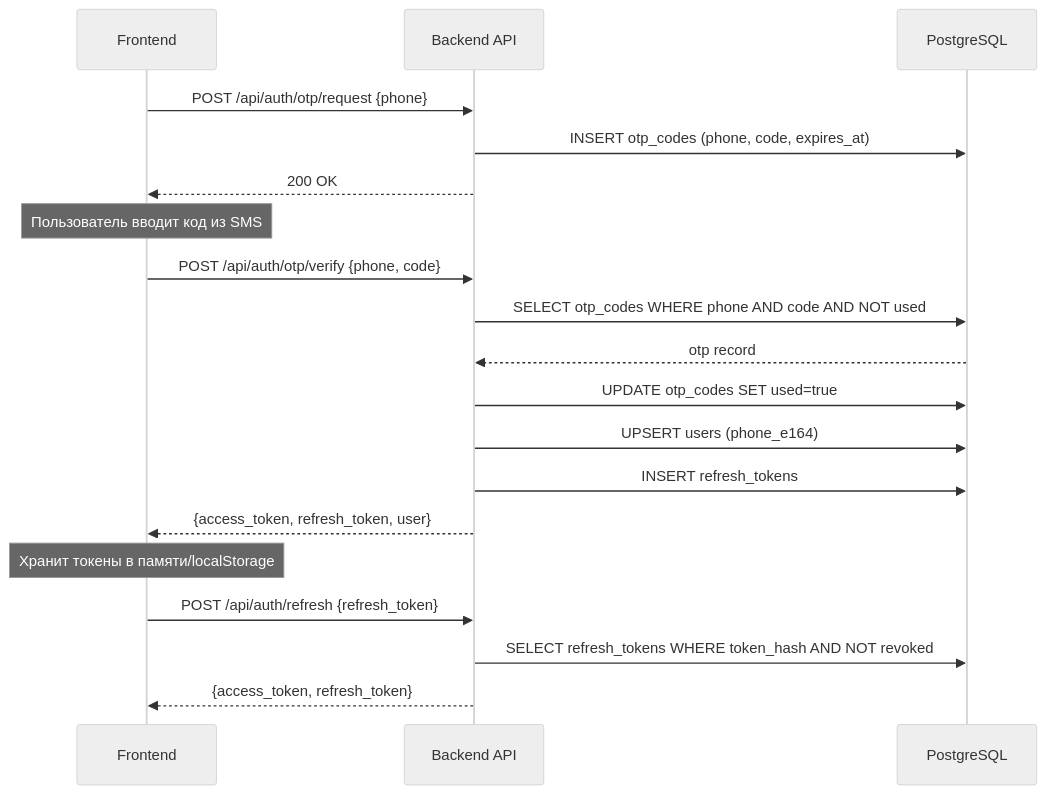
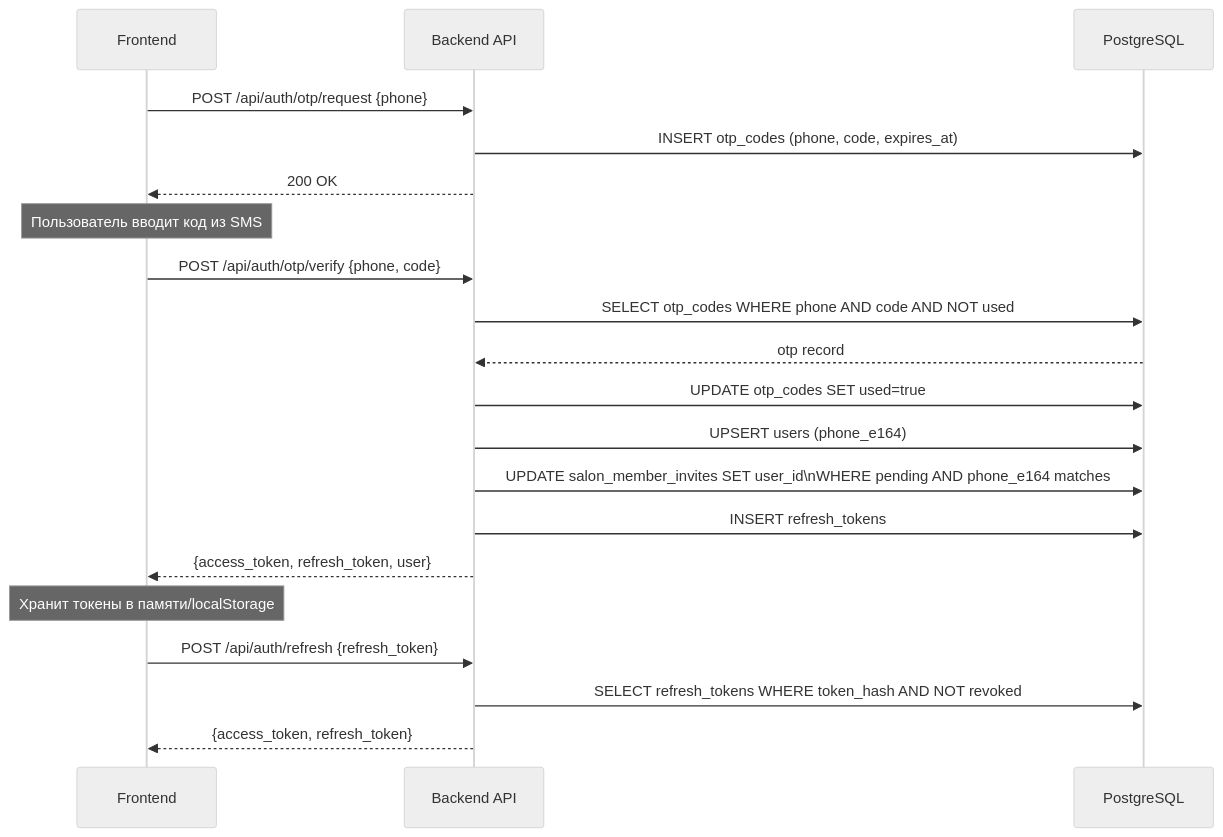
The first of 5 diagrams in docs/vault/architecture/api-flows.md (vvnezapnopwnz1/beauty-marketplace), drawn with Mermaid (neutral theme) before and after one commit. The commit also changed other lines of this file and 50 other files, not shown here.

````diff
--- a/docs/vault/architecture/api-flows.md
+++ b/docs/vault/architecture/api-flows.md
@@ -17,26 +17,27 @@
 ```mermaid
 sequenceDiagram
     participant FE as Frontend
     participant API as Backend API
     participant DB as PostgreSQL
 
     FE->>API: POST /api/auth/otp/request {phone}
     API->>DB: INSERT otp_codes (phone, code, expires_at)
     API-->>FE: 200 OK
 
     Note over FE: Пользователь вводит код из SMS
 
     FE->>API: POST /api/auth/otp/verify {phone, code}
     API->>DB: SELECT otp_codes WHERE phone AND code AND NOT used
     DB-->>API: otp record
     API->>DB: UPDATE otp_codes SET used=true
     API->>DB: UPSERT users (phone_e164)
+    API->>DB: UPDATE salon_member_invites SET user_id\nWHERE pending AND phone_e164 matches
     API->>DB: INSERT refresh_tokens
     API-->>FE: {access_token, refresh_token, user}
 
     Note over FE: Хранит токены в памяти/localStorage
 
     FE->>API: POST /api/auth/refresh {refresh_token}
     API->>DB: SELECT refresh_tokens WHERE token_hash AND NOT revoked
     API-->>FE: {access_token, refresh_token}
 ```
````
